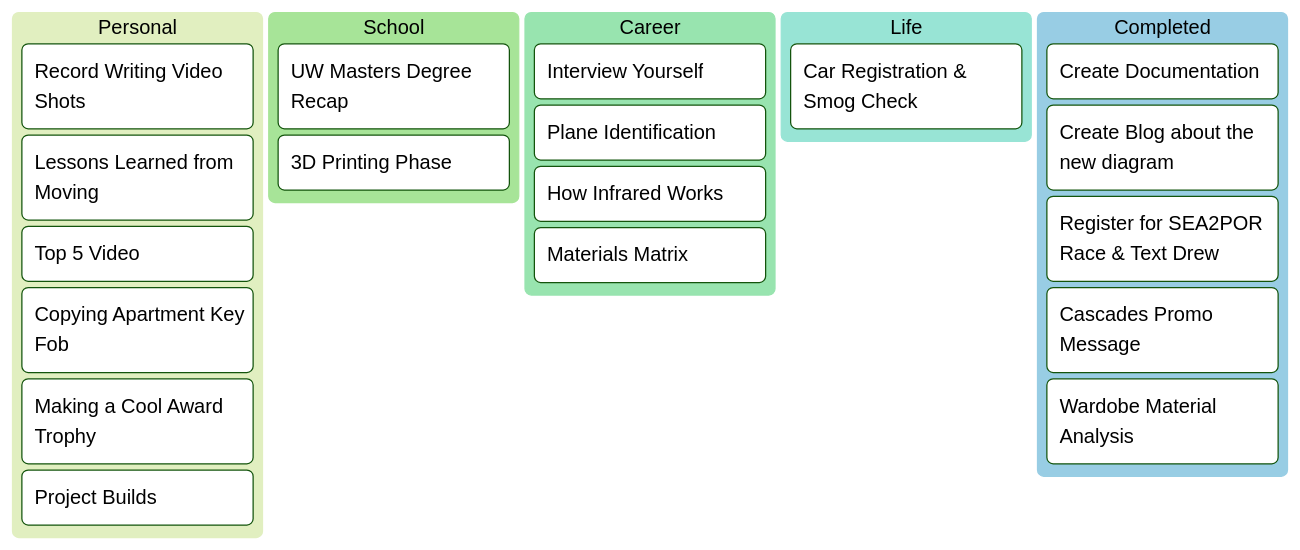
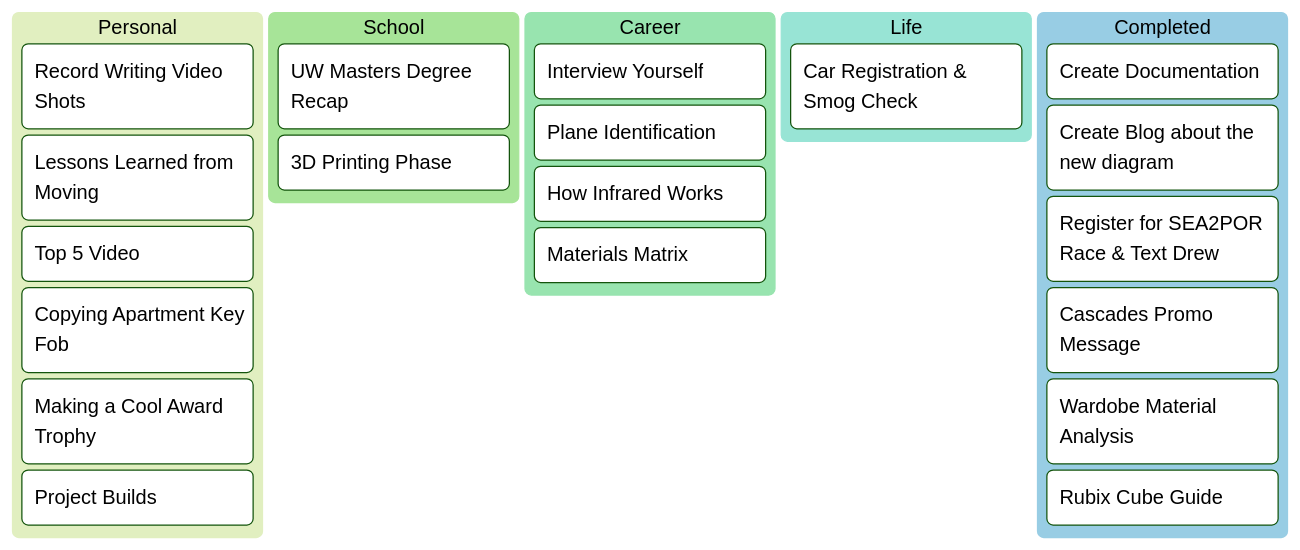
One commit to Bailey-Wu/Bailey-Wu changed the second of 3 diagrams in Dashboard.md. Above: the diagram before and after it, drawn with Mermaid.

````diff
--- a/Dashboard.md
+++ b/Dashboard.md
@@ -34,27 +34,28 @@
 ```mermaid
 %%{init: {'theme':'forest'}}%%
 kanban
   [Personal]
     [Record Writing Video Shots]
     [Lessons Learned from Moving]
     [Top 5 Video]
     [Copying Apartment Key Fob]
     [Making a Cool Award Trophy]
     [Project Builds]
   [School]
     [UW Masters Degree Recap]
     [3D Printing Phase]
   [Career]
     [Interview Yourself]
     [Plane Identification]
     [How Infrared Works]
     [Materials Matrix]
   [Life]
     [Car Registration & Smog Check]
   [Completed]
     [Create Documentation]
     [Create Blog about the new diagram]
     [Register for SEA2POR Race & Text Drew]
     [Cascades Promo Message]
     [Wardobe Material Analysis]
+    [Rubix Cube Guide]
 ```
````
